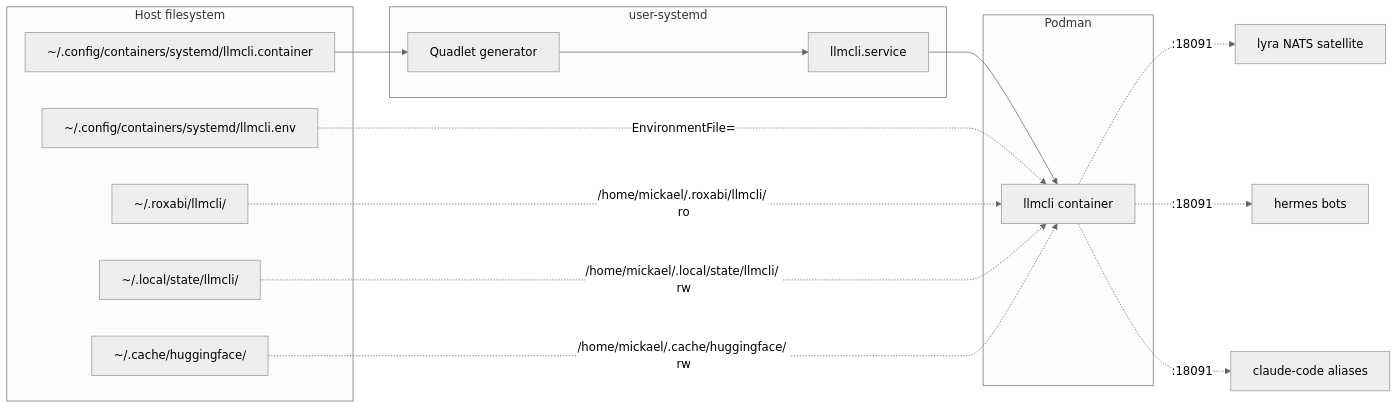
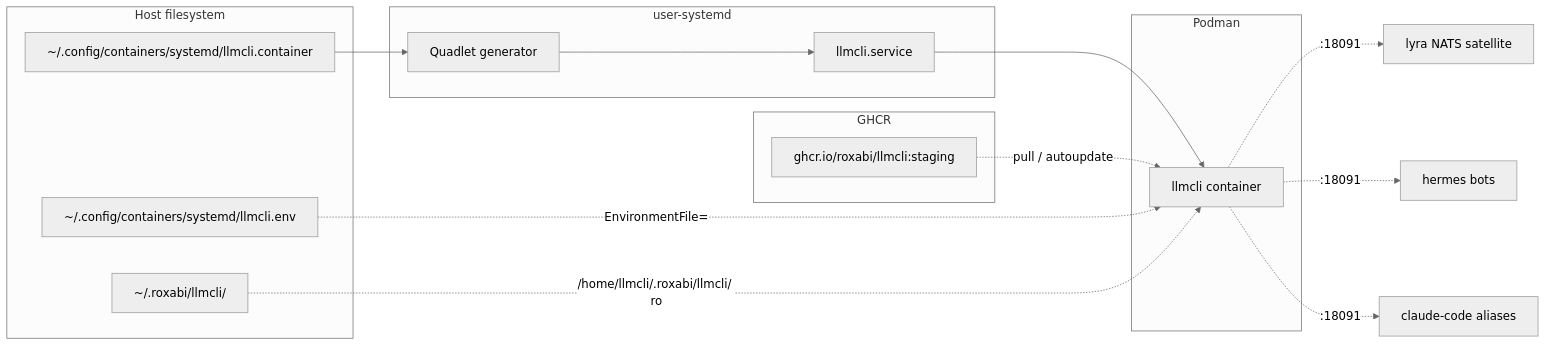
One commit to Roxabi/llmCLI changed the second of 2 diagrams in artifacts/specs/44-llmcli-quadlet-spec.mdx. Above: the diagram before and after it, drawn with Mermaid (neutral theme). The commit also changed other lines of this file, not shown here.

````diff
--- a/artifacts/specs/44-llmcli-quadlet-spec.mdx
+++ b/artifacts/specs/44-llmcli-quadlet-spec.mdx
@@ -148,27 +182,27 @@
 ```mermaid
 flowchart LR
     subgraph host[Host filesystem]
       ENVFILE[~/.config/containers/systemd/llmcli.env]
       CATALOG[~/.roxabi/llmcli/]
-      STATE[~/.local/state/llmcli/]
-      HFCACHE[~/.cache/huggingface/]
       UNIT[~/.config/containers/systemd/llmcli.container]
     end
     subgraph systemd[user-systemd]
       GEN[Quadlet generator]
       SVC[llmcli.service]
     end
     subgraph podman[Podman]
       CONT[llmcli container]
     end
+    subgraph registry[GHCR]
+      IMG[ghcr.io/roxabi/llmcli:staging]
+    end
     UNIT --> GEN
     GEN --> SVC
     SVC --> CONT
+    IMG -.->|pull / autoupdate| CONT
     ENVFILE -.->|EnvironmentFile=| CONT
-    CATALOG -.->|/home/mickael/.roxabi/llmcli/ ro| CONT
-    STATE -.->|/home/mickael/.local/state/llmcli/ rw| CONT
-    HFCACHE -.->|/home/mickael/.cache/huggingface/ rw| CONT
+    CATALOG -.->|/home/llmcli/.roxabi/llmcli/ ro| CONT
     CONT -.->|:18091| LYRA[lyra NATS satellite]
     CONT -.->|:18091| HERMES[hermes bots]
     CONT -.->|:18091| CCODE[claude-code aliases]
 ```
````
